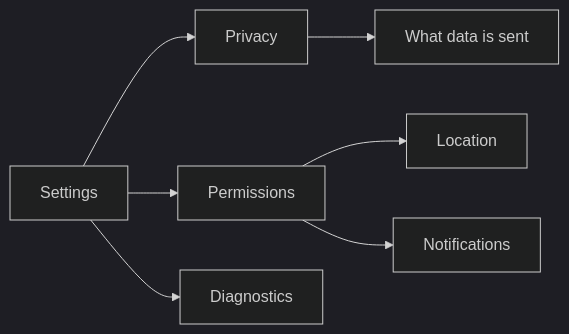
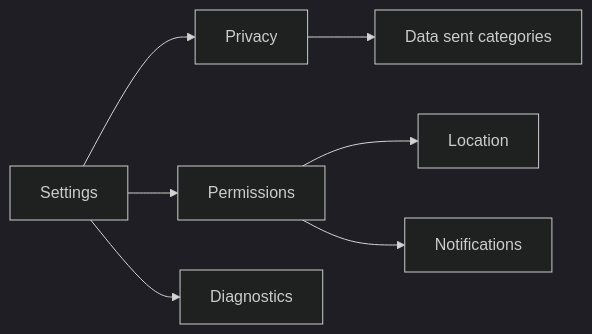
One commit to maiElkheshen066/safeGuard changed the diagram in Doc/Child app/features/10_settings_privacy_security.md. Above: the diagram before and after it, drawn with Mermaid (dark theme). The commit also changed 9 other files, not shown here.

````diff
--- a/Doc/Child app/features/10_settings_privacy_security.md
+++ b/Doc/Child app/features/10_settings_privacy_security.md
@@ -22,9 +22,9 @@
 ```mermaid
 flowchart LR
   Settings --> Privacy
   Settings --> Permissions
   Settings --> Diagnostics
-  Privacy --> Info[What data is sent]
+  Privacy --> Info[Data sent categories]
   Permissions --> Loc[Location]
   Permissions --> Notif[Notifications]
 ```
````
